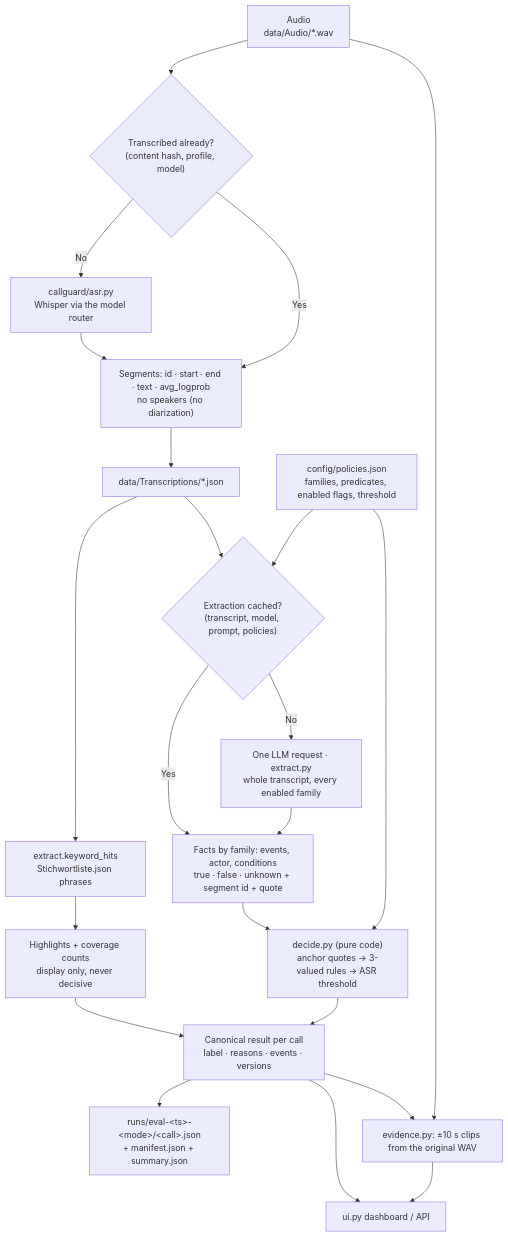
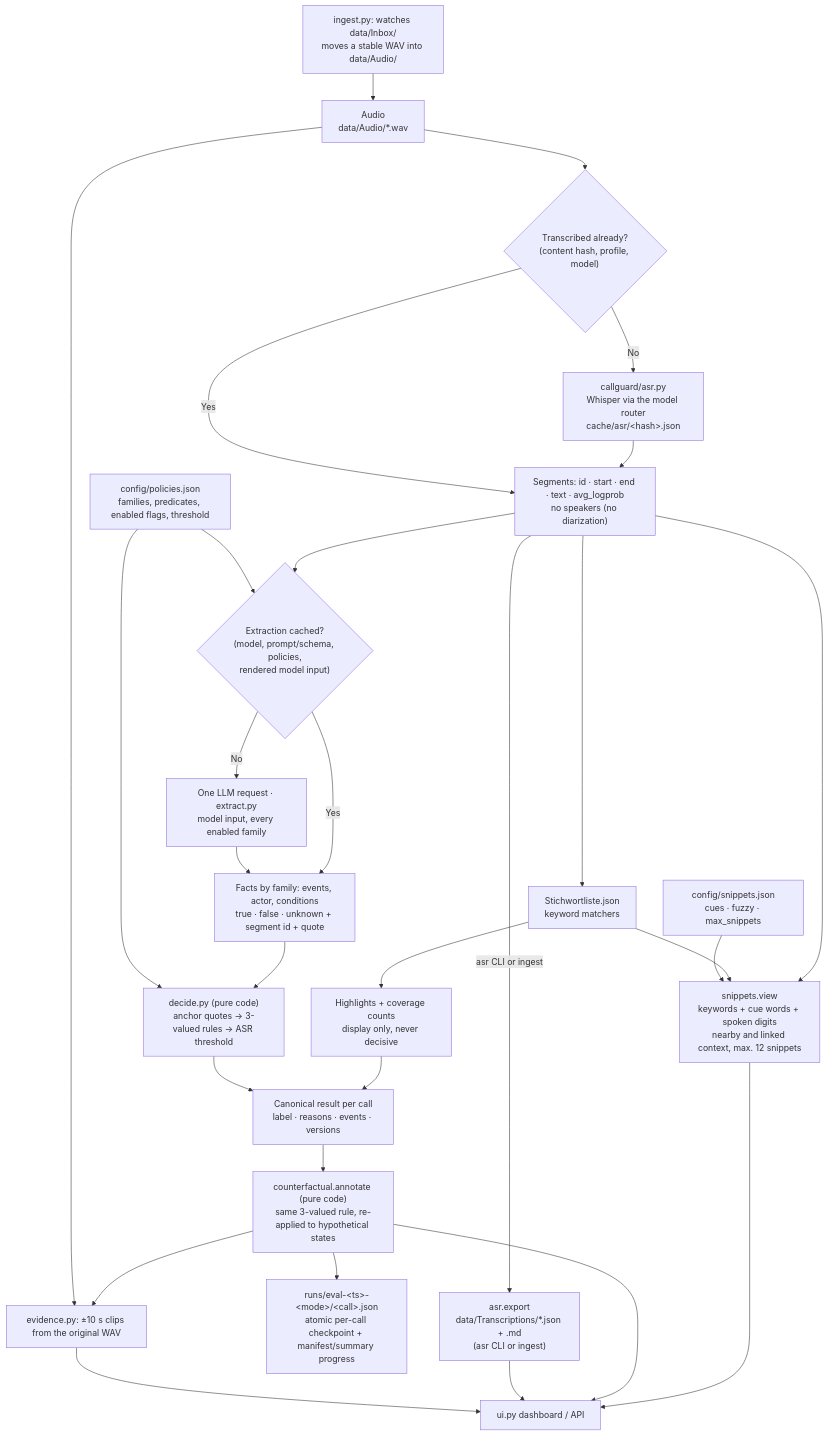
One commit to ep520/Solvent changed the first of 5 diagrams in PIPELINE_FLOW.md. Above: the diagram before and after it, drawn with Mermaid. The commit also changed other lines of this file and 140 other files, not shown here.

````diff
--- a/PIPELINE_FLOW.md
+++ b/PIPELINE_FLOW.md
@@ -8,32 +8,43 @@
 ```mermaid
 flowchart TD
+    INBOX["ingest.py: watches data/Inbox/<br/>moves a stable WAV into data/Audio/"]
     WAV["Audio<br/>data/Audio/*.wav"]
     ASR_CACHE{"Transcribed already?<br/>(content hash, profile, model)"}
-    ASR["callguard/asr.py<br/>Whisper via the model router"]
+    INBOX --> WAV
+    ASR["callguard/asr.py<br/>Whisper via the model router<br/>cache/asr/&lt;hash&gt;.json"]
     TRANSCRIPT["Segments: id · start · end · text · avg_logprob<br/>no speakers (no diarization)"]
+    EXPORT["asr.export<br/>data/Transcriptions/*.json + .md<br/>(asr CLI or ingest)"]
 
     WAV --> ASR_CACHE
     ASR_CACHE -- No --> ASR --> TRANSCRIPT
     ASR_CACHE -- Yes --> TRANSCRIPT
-    TRANSCRIPT --> TRANSCRIPT_CACHE["data/Transcriptions/*.json"]
+    TRANSCRIPT -- "asr CLI or ingest" --> EXPORT
 
-    TRANSCRIPT_CACHE --> KEYWORDS["extract.keyword_hits<br/>Stichwortliste.json phrases"]
+    TRANSCRIPT --> KEYWORDS["Stichwortliste.json<br/>keyword matchers"]
     KEYWORDS --> HIGHLIGHTS["Highlights + coverage counts<br/>display only, never decisive"]
 
-    TRANSCRIPT_CACHE --> EXTRACT_CACHE{"Extraction cached?<br/>(transcript, model, prompt, policies)"}
+    TRANSCRIPT --> SNIPPETS["snippets.view<br/>keywords + cue words + spoken digits<br/>nearby and linked context, max. 12 snippets"]
+    KEYWORDS --> SNIPPETS
+    SNIPPET_CONFIG["config/snippets.json<br/>cues · fuzzy · max_snippets"] --> SNIPPETS
+    SNIPPETS --> DASHBOARD
+    TRANSCRIPT --> EXTRACT_CACHE
+
+    EXTRACT_CACHE{"Extraction cached?<br/>(model, prompt/schema, policies,<br/>rendered model input)"}
     POLICIES["config/policies.json<br/>families, predicates, enabled flags, threshold"] --> EXTRACT_CACHE
-    EXTRACT_CACHE -- No --> LLM["One LLM request · extract.py<br/>whole transcript, every enabled family"]
+    EXTRACT_CACHE -- No --> LLM["One LLM request · extract.py<br/>model input, every enabled family"]
     EXTRACT_CACHE -- Yes --> FACTS
     LLM --> FACTS["Facts by family: events, actor, conditions<br/>true · false · unknown + segment id + quote"]
 
     FACTS --> DECIDE["decide.py (pure code)<br/>anchor quotes → 3-valued rules → ASR threshold"]
     POLICIES --> DECIDE
     HIGHLIGHTS --> RESULT
     DECIDE --> RESULT["Canonical result per call<br/>label · reasons · events · versions"]
+    RESULT --> XAI["counterfactual.annotate (pure code)<br/>same 3-valued rule, re-applied to hypothetical states"]
 
-    RESULT --> FILES["runs/eval-&lt;ts&gt;-&lt;mode&gt;/&lt;call&gt;.json<br/>+ manifest.json + summary.json"]
-    RESULT --> CLIPS["evidence.py: ±10 s clips from the original WAV"]
+    XAI --> FILES["runs/eval-&lt;ts&gt;-&lt;mode&gt;/&lt;call&gt;.json<br/>atomic per-call checkpoint + manifest/summary progress"]
+    XAI --> CLIPS["evidence.py: ±10 s clips from the original WAV"]
     WAV --> CLIPS
-    RESULT --> DASHBOARD["ui.py dashboard / API"]
+    XAI --> DASHBOARD["ui.py dashboard / API"]
+    EXPORT --> DASHBOARD
     CLIPS --> DASHBOARD
 ```
````
